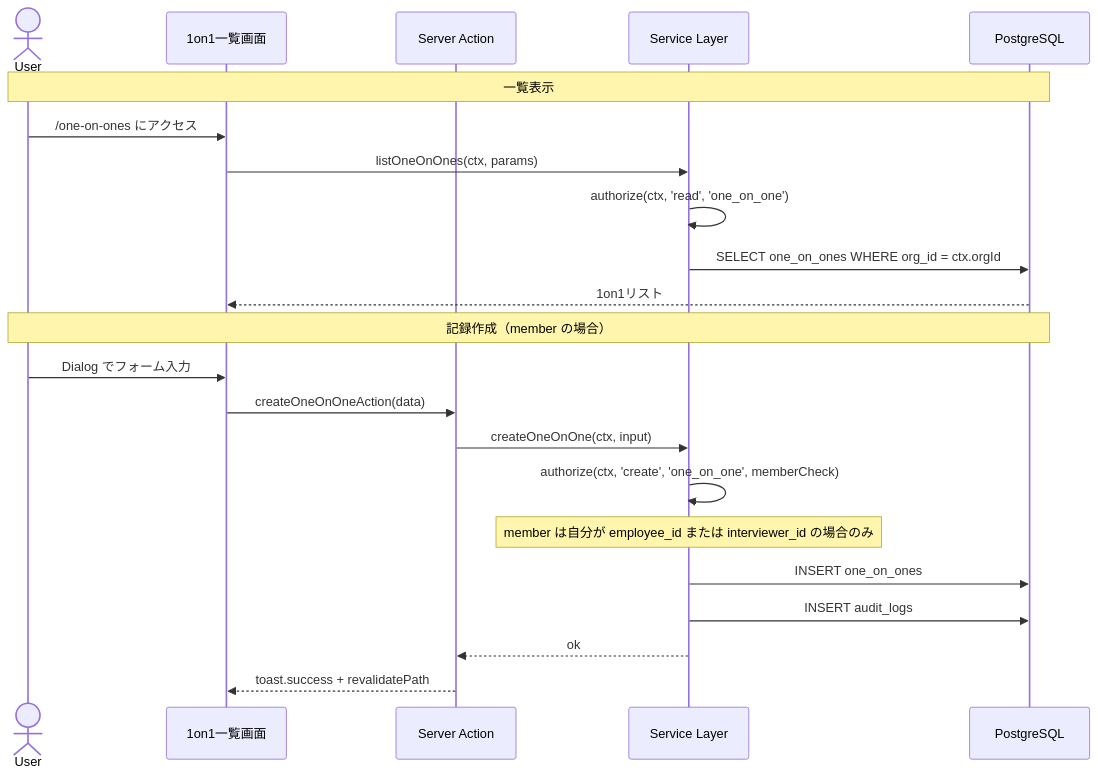
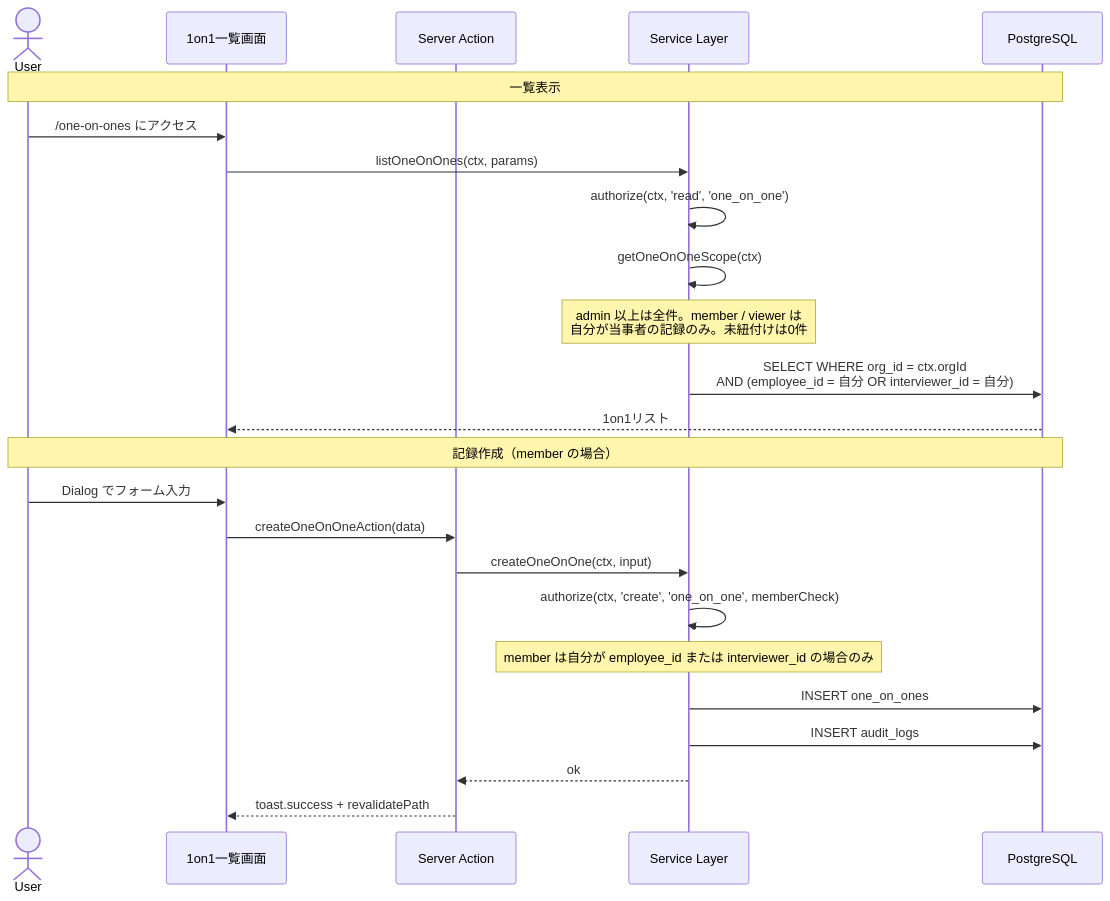
One commit to TakuyaMiyashita/fondra-hr changed the seventh of 9 diagrams in docs/design/user-flows.md. Above: the diagram before and after it, drawn with Mermaid. The commit also changed other lines of this file and 11 other files, not shown here.

````diff
--- a/docs/design/user-flows.md
+++ b/docs/design/user-flows.md
@@ -172,26 +196,28 @@
 ```mermaid
 sequenceDiagram
     actor User
     participant UI as 1on1一覧画面
     participant SA as Server Action
     participant SVC as Service Layer
     participant DB as PostgreSQL
 
     Note over User,DB: 一覧表示
     User->>UI: /one-on-ones にアクセス
     UI->>SVC: listOneOnOnes(ctx, params)
     SVC->>SVC: authorize(ctx, 'read', 'one_on_one')
-    SVC->>DB: SELECT one_on_ones WHERE org_id = ctx.orgId
+    SVC->>SVC: getOneOnOneScope(ctx)
+    Note over SVC: admin 以上は全件。member / viewer は<br/>自分が当事者の記録のみ。未紐付けは0件
+    SVC->>DB: SELECT WHERE org_id = ctx.orgId<br/>AND (employee_id = 自分 OR interviewer_id = 自分)
     DB-->>UI: 1on1リスト
 
     Note over User,DB: 記録作成（member の場合）
     User->>UI: Dialog でフォーム入力
     UI->>SA: createOneOnOneAction(data)
     SA->>SVC: createOneOnOne(ctx, input)
     SVC->>SVC: authorize(ctx, 'create', 'one_on_one', memberCheck)
     Note over SVC: member は自分が employee_id または interviewer_id の場合のみ
     SVC->>DB: INSERT one_on_ones
     SVC->>DB: INSERT audit_logs
     SVC-->>SA: ok
     SA-->>UI: toast.success + revalidatePath
 ```
````
